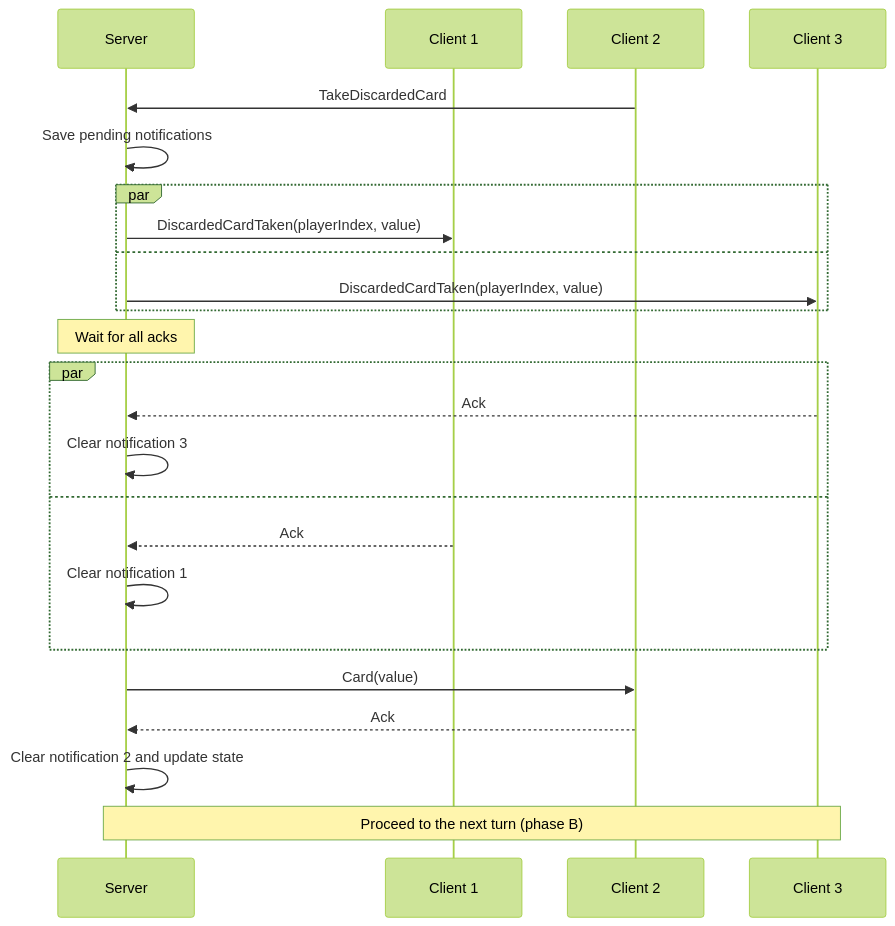
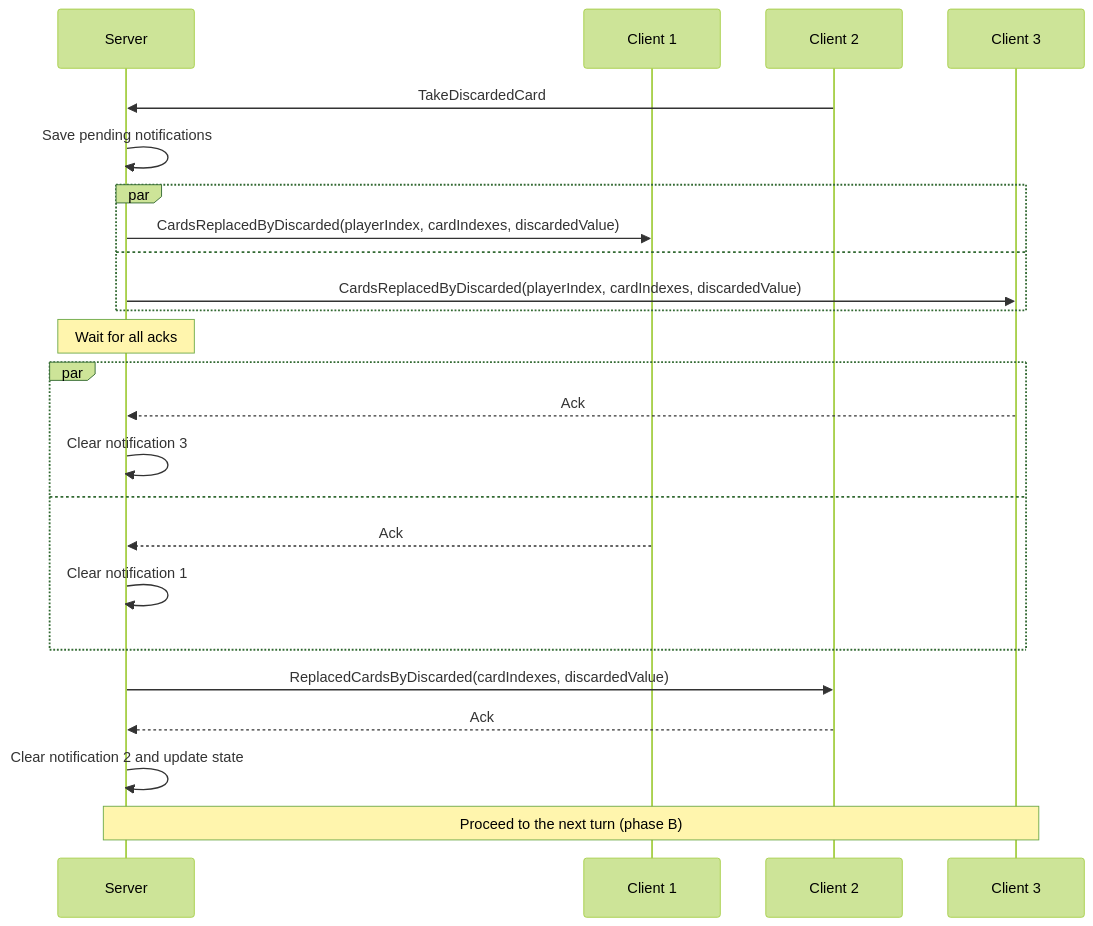
Diagram 15 of 15 in README.md (roman-zubarevich/another), drawn with Mermaid (forest theme) before and after one commit. The commit also changed other lines of this file, not shown here.

````diff
--- a/README.md
+++ b/README.md
@@ -481,26 +481,26 @@
 ```mermaid
 sequenceDiagram
     participant S as Server
     participant C1 as Client 1
     participant C2 as Client 2
     participant C3 as Client 3
     C2->>S: TakeDiscardedCard
     S->>S: Save pending notifications
     par
-        S->>C1: DiscardedCardTaken(playerIndex, value)
+        S->>C1: CardsReplacedByDiscarded(playerIndex, cardIndexes, discardedValue)
     and
-        S->>C3: DiscardedCardTaken(playerIndex, value)
+        S->>C3: CardsReplacedByDiscarded(playerIndex, cardIndexes, discardedValue)
     end
     Note over S: Wait for all acks
     par
         C3-->>S: Ack
         S->>S: Clear notification 3
     and
         C1-->>S: Ack
         S->>S: Clear notification 1
     end
-    S->>C2: Card(value)
+    S->>C2: ReplacedCardsByDiscarded(cardIndexes, discardedValue)
     C2-->>S: Ack
     S->>S: Clear notification 2 and update state
     Note over S,C3: Proceed to the next turn (phase B)
 ```
````
